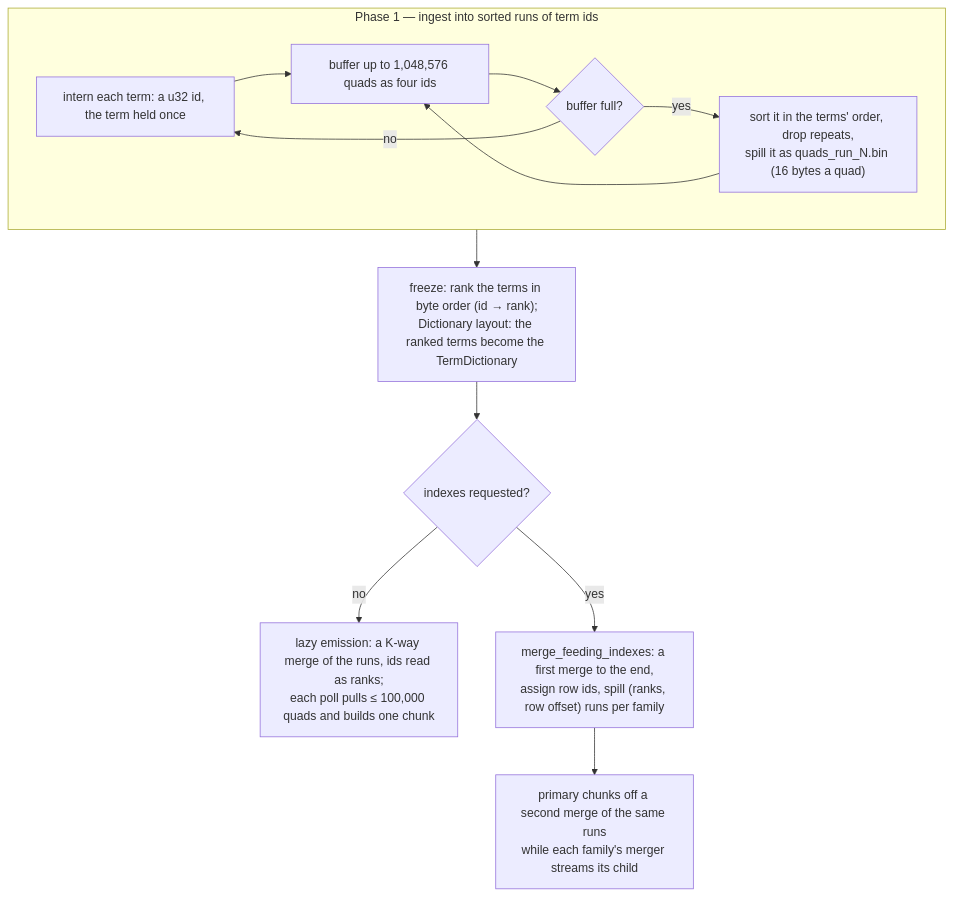
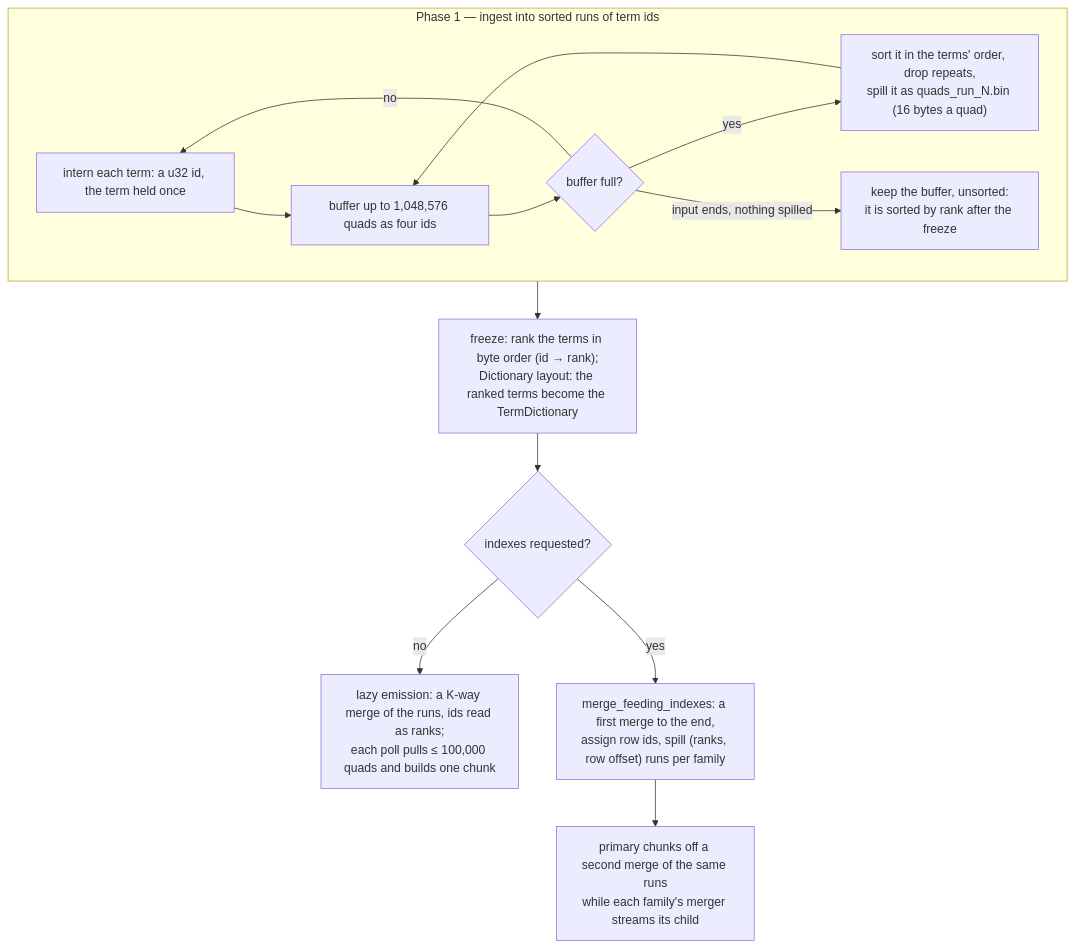
One commit to vortex-rdf/vortex-rdf changed the third of 4 diagrams in docs/serialization.md. Above: the diagram before and after it, drawn with Mermaid. The commit also changed other lines of this file and 4 other files, not shown here.

````diff
--- a/docs/serialization.md
+++ b/docs/serialization.md
@@ -203,15 +203,16 @@
 ```mermaid
 flowchart TD
     subgraph P1 ["Phase 1 — ingest into sorted runs of term ids"]
         I0["intern each term: a u32 id, the term held once"] --> I1["buffer up to 1,048,576 quads as four ids"]
         I1 --> I2{"buffer full?"}
         I2 -- "yes" --> I3["sort it in the terms' order, drop repeats,<br/>spill it as quads_run_N.bin (16 bytes a quad)"]
+        I2 -- "input ends, nothing spilled" --> I4["keep the buffer, unsorted:<br/>it is sorted by rank after the freeze"]
         I3 --> I1
         I2 -- "no" --> I0
     end
     P1 --> F["freeze: rank the terms in byte order (id → rank);<br/>Dictionary layout: the ranked terms become the TermDictionary"]
     F --> Q{"indexes requested?"}
     Q -- "no" --> E1["lazy emission: a K-way merge of the runs, ids read as ranks;<br/>each poll pulls ≤ 100,000 quads and builds one chunk"]
     Q -- "yes" --> E2["merge_feeding_indexes: a first merge to the end,<br/>assign row ids, spill (ranks, row offset) runs per family"]
     E2 --> E3["primary chunks off a second merge of the same runs<br/>while each family's merger streams its child"]
 ```
````
